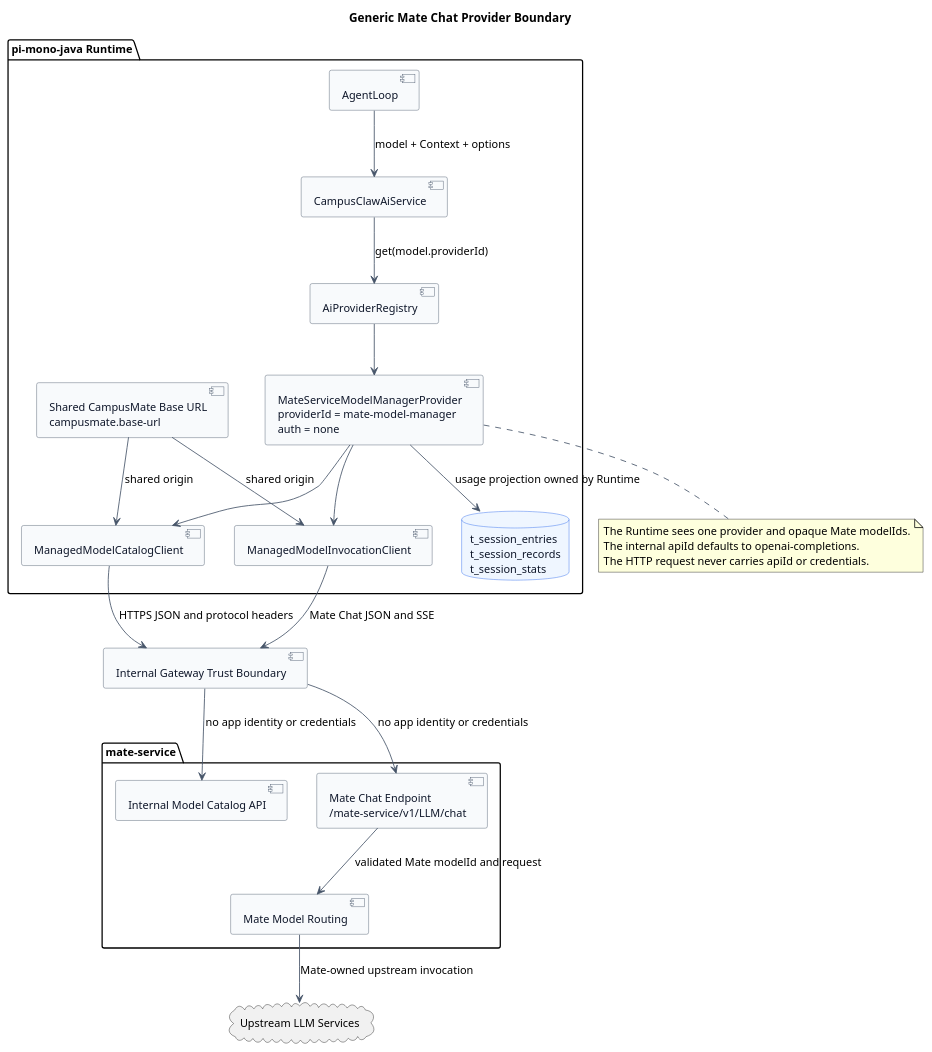
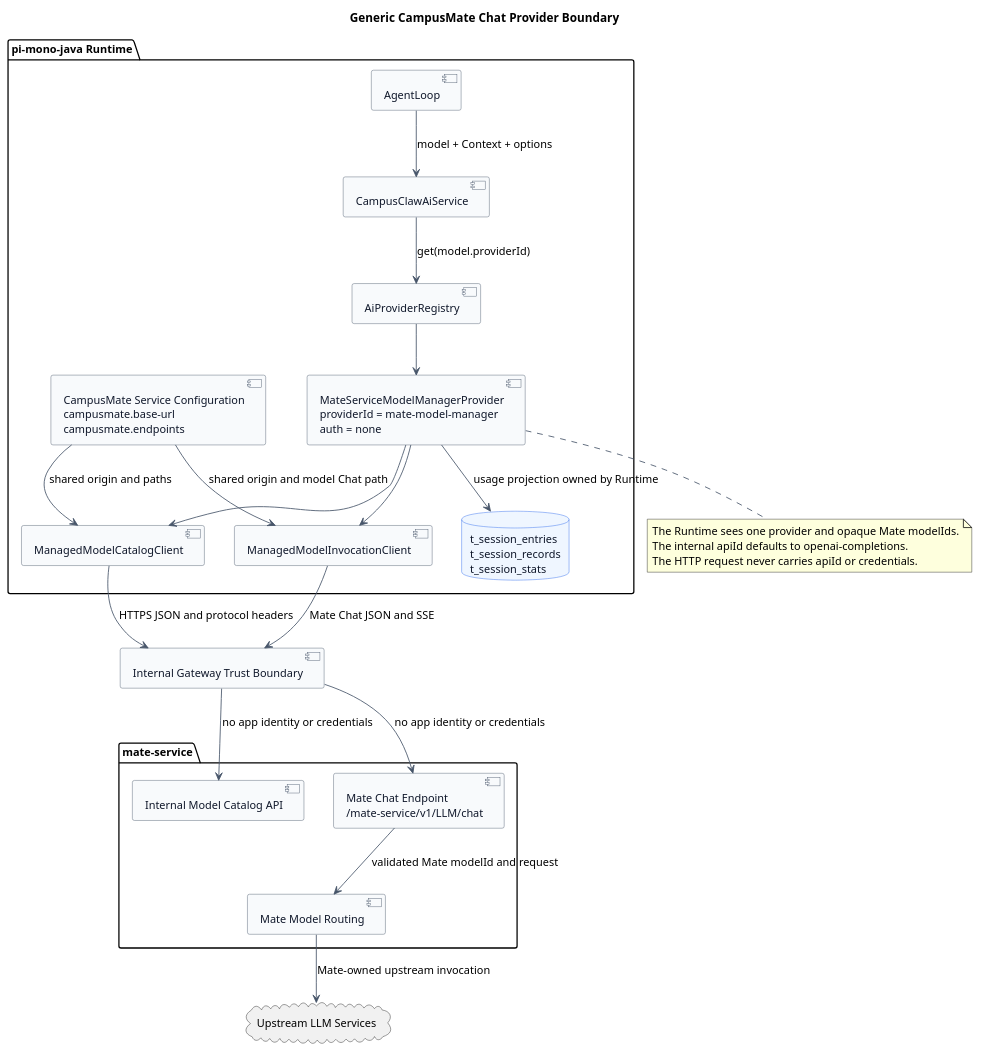
One commit to ssm0808/pi-mono-java-design changed the second of 5 diagrams in model-manager-provider-contract/diagram.puml. Above: the diagram before and after it, drawn with PlantUML. The commit also changed other lines of this file and 10 other files, not shown here.

```diff
--- a/model-manager-provider-contract/diagram.puml
+++ b/model-manager-provider-contract/diagram.puml
@@ -69,72 +69,73 @@
 @startuml generic_provider_boundary
-title Generic Mate Chat Provider Boundary
+title Generic CampusMate Chat Provider Boundary
 
 ' Source evidence:
 ' pi-mono packages/ai/src/models.ts: ModelsImpl.requireProvider and stream
 ' pi-mono packages/ai/src/api/openai-completions.ts: stream, convertMessages, and usage parsing
 ' pi-mono-java modules/ai/src/main/java/com/campusclaw/ai/CampusClawAiService.java: resolveProvider
 ' pi-mono-java modules/ai/src/main/java/com/campusclaw/ai/provider/openai/OpenAICompletionsProvider.java: buildParams and parseUsage
 ' pi-mono-java modules/coding-agent-cli/src/main/resources/application.yml:89-108
-' mate-service README.md: current model gateway gap
+' mate-service src/main/java/com/huawei/hicampus/mate/agentdefinition/modelmanager/controller/LlmChatController.java:35-55
 ' Architecture change: Java resolves an AiProvider by model.providerId and uses an internally configured apiId.
-' Architecture change: Model Manager and managed Runtime clients read one shared campusmate.base-url.
+' Observed behavior: mate-service implements POST /mate-service/v1/LLM/chat at baseline 956b547f.
+' Architecture change: all clients read one campusmate tree with a shared base URL and endpoint catalog.
 ' Product constraint: CampusClaw and Mate exchange no application identity or credential headers.
 ' Scope boundary: Mate routing, credentials, and upstream field adaptation are internal Mate concerns.
 
 skinparam backgroundColor #FFFFFF
 skinparam shadowing false
 skinparam defaultFontName Arial
 skinparam defaultFontSize 13
 skinparam component {
   BackgroundColor #F8FAFC
   BorderColor #475569
   FontColor #0F172A
 }
 skinparam database {
   BackgroundColor #EFF6FF
   BorderColor #2563EB
   FontColor #0F172A
 }
 skinparam ArrowColor #475569
 
 package "pi-mono-java Runtime" {
-  [Shared CampusMate Base URL\ncampusmate.base-url] as CampusMateBaseUrl
+  [CampusMate Service Configuration\ncampusmate.base-url\ncampusmate.endpoints] as CampusMateConfig
   [AgentLoop] as Loop
   [CampusClawAiService] as AiService
   [AiProviderRegistry] as Registry
   [MateServiceModelManagerProvider\nproviderId = mate-model-manager\nauth = none] as GenericProvider
   [ManagedModelCatalogClient] as CatalogClient
   [ManagedModelInvocationClient] as InvocationClient
   database "t_session_entries\nt_session_records\nt_session_stats" as SessionStore
 }
 
 package "mate-service" {
   [Internal Model Catalog API] as CatalogApi
   [Mate Chat Endpoint\n/mate-service/v1/LLM/chat] as ChatApi
   [Mate Model Routing] as Router
 }
 
 cloud "Upstream LLM Services" as Vendors
 [Internal Gateway Trust Boundary] as Gateway
 
 Loop --> AiService : model + Context + options
 AiService --> Registry : get(model.providerId)
 Registry --> GenericProvider
 GenericProvider --> CatalogClient
 GenericProvider --> InvocationClient
-CampusMateBaseUrl --> CatalogClient : shared origin
-CampusMateBaseUrl --> InvocationClient : shared origin
+CampusMateConfig --> CatalogClient : shared origin and paths
+CampusMateConfig --> InvocationClient : shared origin and model Chat path
 GenericProvider --> SessionStore : usage projection owned by Runtime
 CatalogClient --> Gateway : HTTPS JSON and protocol headers
 InvocationClient --> Gateway : Mate Chat JSON and SSE
 Gateway --> CatalogApi : no app identity or credentials
 Gateway --> ChatApi : no app identity or credentials
 ChatApi --> Router : validated Mate modelId and request
 Router --> Vendors : Mate-owned upstream invocation
 
 note bottom of GenericProvider
 The Runtime sees one provider and opaque Mate modelIds.
 The internal apiId defaults to openai-completions.
 The HTTP request never carries apiId or credentials.
 end note
 @enduml
```
